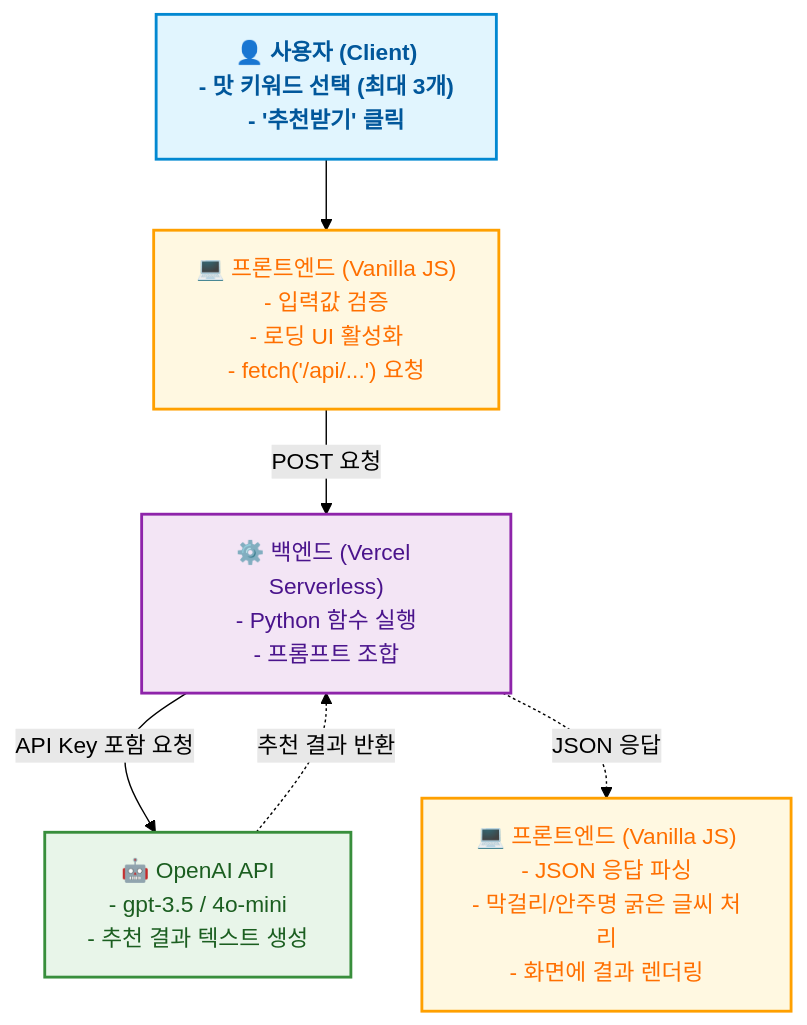
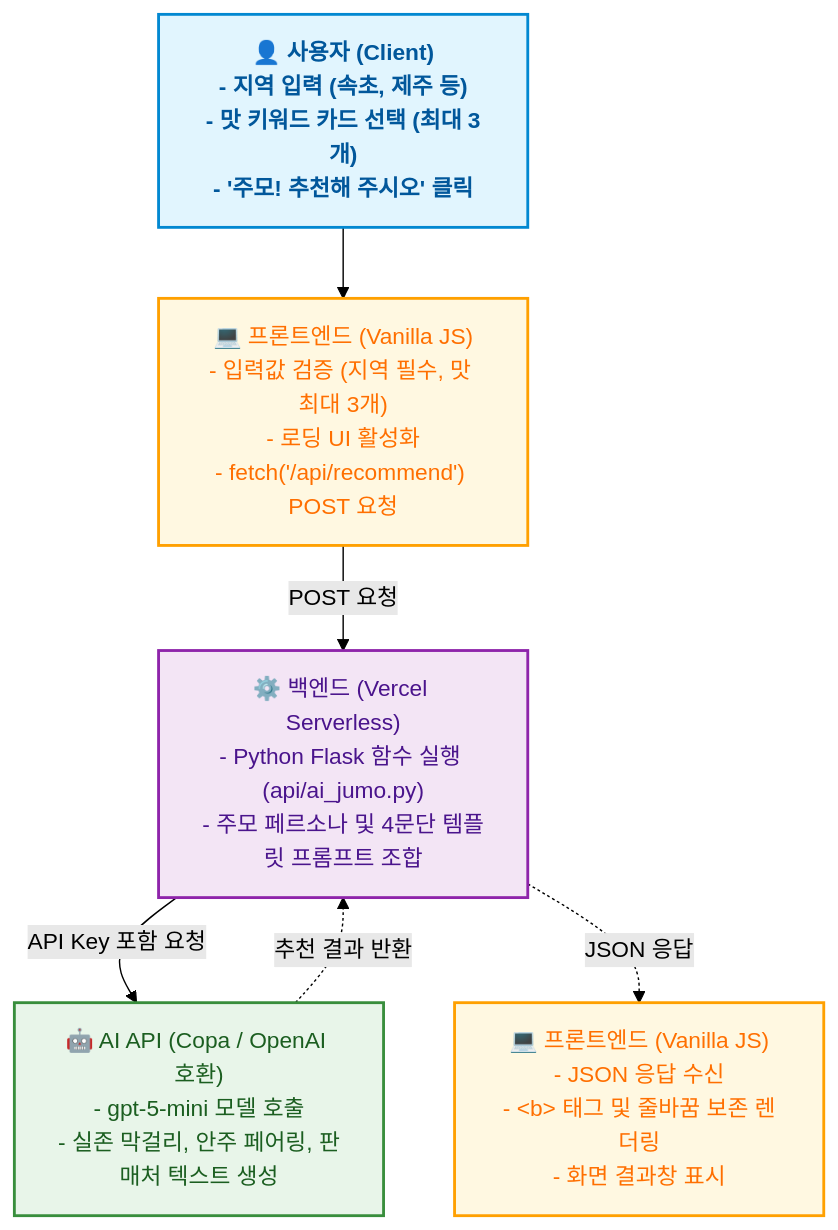
The diagram in README.md (mustiolla/today-jumak), drawn with Mermaid (forest theme) before and after one commit. The commit also changed other lines of this file and 1 other file, not shown here.

````diff
--- a/README.md
+++ b/README.md
@@ -50,24 +57,24 @@
 ```mermaid
 flowchart TD
     classDef userNode fill:#E1F5FE,stroke:#0288D1,stroke-width:2px,color:#01579B,font-weight:bold
     classDef frontNode fill:#FFF8E1,stroke:#FFA000,stroke-width:2px,color:#FF6F00
     classDef backNode fill:#F3E5F5,stroke:#8E24AA,stroke-width:2px,color:#4A148C
     classDef aiNode fill:#E8F5E9,stroke:#388E3C,stroke-width:2px,color:#1B5E20
 
-    A["👤 사용자 (Client)<br/>- 맛 키워드 선택 (최대 3개)<br/>- '추천받기' 클릭"]
-    B["💻 프론트엔드 (Vanilla JS)<br/>- 입력값 검증<br/>- 로딩 UI 활성화<br/>- fetch('/api/...') 요청"]
-    C["⚙️ 백엔드 (Vercel Serverless)<br/>- Python 함수 실행<br/>- 프롬프트 조합"]
-    D["🤖 OpenAI API<br/>- gpt-3.5 / 4o-mini<br/>- 추천 결과 텍스트 생성"]
-    E["💻 프론트엔드 (Vanilla JS)<br/>- JSON 응답 파싱<br/>- 막걸리/안주명 굵은 글씨 처리<br/>- 화면에 결과 렌더링"]
+    A["👤 사용자 (Client)<br/>- 지역 입력 (속초, 제주 등)<br/>- 맛 키워드 카드 선택 (최대 3개)<br/>- '주모! 추천해 주시오' 클릭"]
+    B["💻 프론트엔드 (Vanilla JS)<br/>- 입력값 검증 (지역 필수, 맛 최대 3개)<br/>- 로딩 UI 활성화<br/>- fetch('/api/recommend') POST 요청"]
+    C["⚙️ 백엔드 (Vercel Serverless)<br/>- Python Flask 함수 실행 (api/ai_jumo.py)<br/>- 주모 페르소나 및 4문단 템플릿 프롬프트 조합"]
+    D["🤖 AI API (Copa / OpenAI 호환)<br/>- gpt-5-mini 모델 호출<br/>- 실존 막걸리, 안주 페어링, 판매처 텍스트 생성"]
+    E["💻 프론트엔드 (Vanilla JS)<br/>- JSON 응답 수신<br/>- &lt;b&gt; 태그 및 줄바꿈 보존 렌더링<br/>- 화면 결과창 표시"]
 
     class A userNode
     class B,E frontNode
     class C backNode
     class D aiNode
 
     A --> B
     B -->|POST 요청| C
     C -->|API Key 포함 요청| D
     D -.->|추천 결과 반환| C
     C -.->|JSON 응답| E
 ```
````
